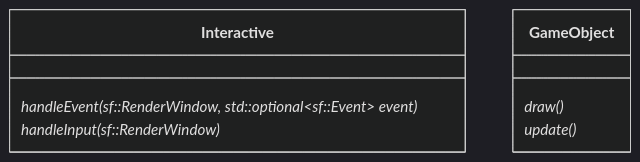
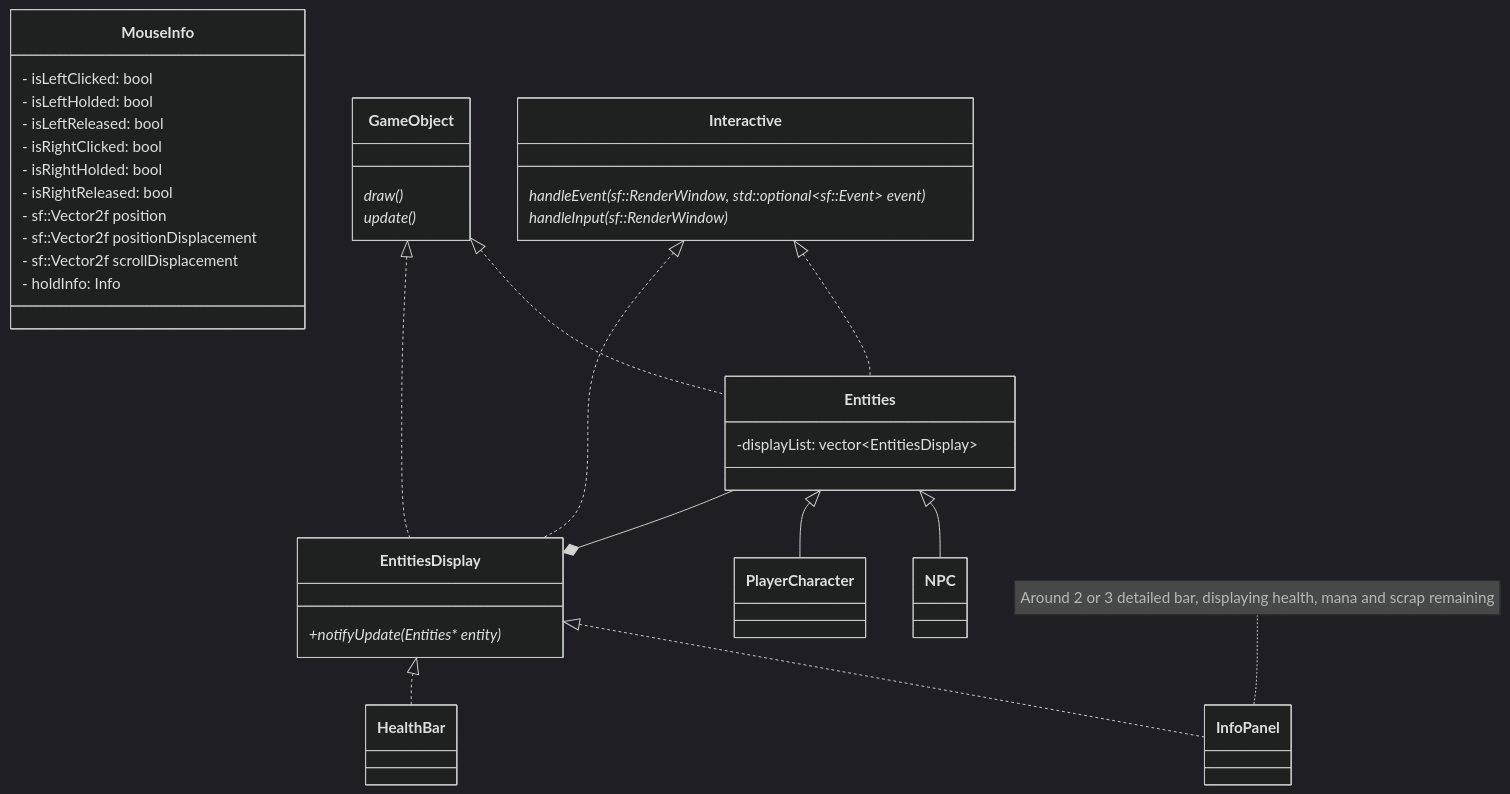
The second of 2 diagrams in docs/architecture.md (Bix2llets/CS202-Game-Programming-Project), drawn with Mermaid (dark theme) before and after one commit.

Commit message:
feat: Add more specification to the entities section of the architect

````diff
--- a/docs/architecture.md
+++ b/docs/architecture.md
@@ -47,13 +47,50 @@
 ```mermaid
 classDiagram
+class MouseInfo {
+    - isLeftClicked: bool
+    - isLeftHolded: bool
+    - isLeftReleased: bool
+
+    - isRightClicked: bool
+    - isRightHolded: bool
+    - isRightReleased: bool
+
+    - sf::Vector2f position
+    - sf::Vector2f positionDisplacement
+    - sf::Vector2f scrollDisplacement
+
+    - holdInfo: Info
+
+}
 class Interactive {
     handleEvent(sf::RenderWindow, std::optional~sf::Event~ event)*
     handleInput(sf::RenderWindow)*
 }
 
 class GameObject {
     draw()*
     update()*
+}
 
+
+Interactive <|.. Entities  
+GameObject  <|.. Entities  
+Entities <|-- NPC
+Entities <|-- PlayerCharacter
+Interactive <|..  EntitiesDisplay 
+GameObject <|..  EntitiesDisplay
+EntitiesDisplay <|.. InfoPanel
+EntitiesDisplay <|.. HealthBar
+Entities --* EntitiesDisplay
+class Entities {
+    -displayList: vector~EntitiesDisplay~
 }
+class PlayerCharacter {
+        
+}
+class EntitiesDisplay {
+    +notifyUpdate(Entities* entity)*
+}
+
+note for InfoPanel "Around 2 or 3 detailed bar, displaying health, mana and scrap remaining"
 ```
````
